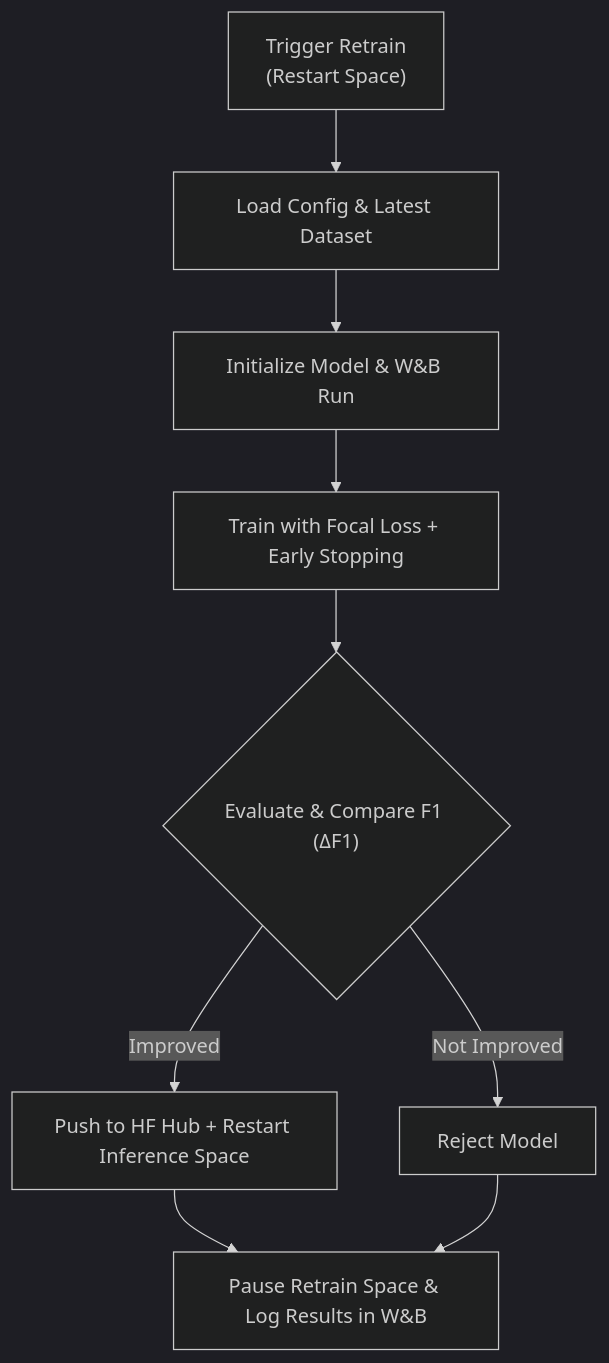
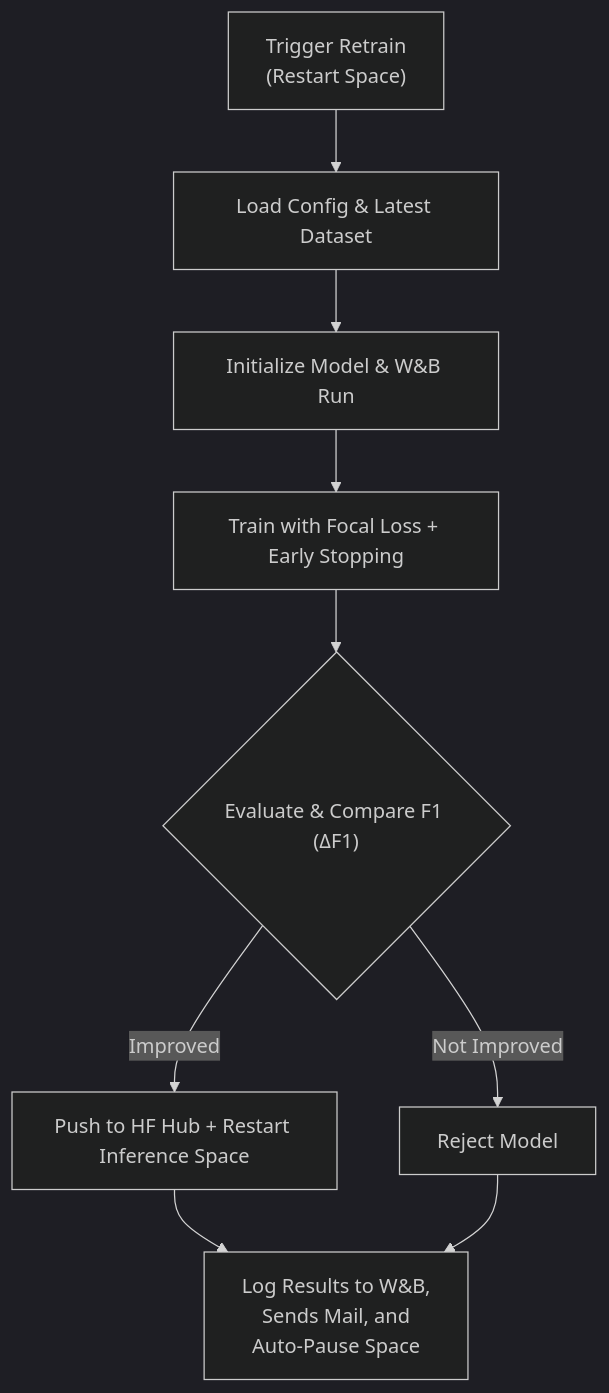
Before and after one commit to fuseai-fellowship/Sambodhan-AI-Powered-Grievance-Redressal-System-for-Local-Governance: the third of 3 diagrams in README.md, drawn with Mermaid (dark theme). The commit also changed other lines of this file, not shown here.

Commit message:
docs: add workflow diagram and enhance dataset preparation details in README

````diff
--- a/README.md
+++ b/README.md
@@ -262,11 +278,11 @@
 ```mermaid
 flowchart TD
     A["Trigger Retrain<br>(Restart Space)"] --> B["Load Config & Latest Dataset"]
     B --> C["Initialize Model & W&B Run"]
     C --> D["Train with Focal Loss + Early Stopping"]
     D --> E{"Evaluate & Compare F1 (ΔF1)"}
     E -->|Improved| F["Push to HF Hub + Restart Inference Space"]
     E -->|Not Improved| G["Reject Model"]
-    F --> H["Pause Retrain Space & Log Results in W&B"]
+    F --> H["Log Results to W&B, </br> Sends Mail, and<br> Auto-Pause Space"]
     G --> H
 ```
````
